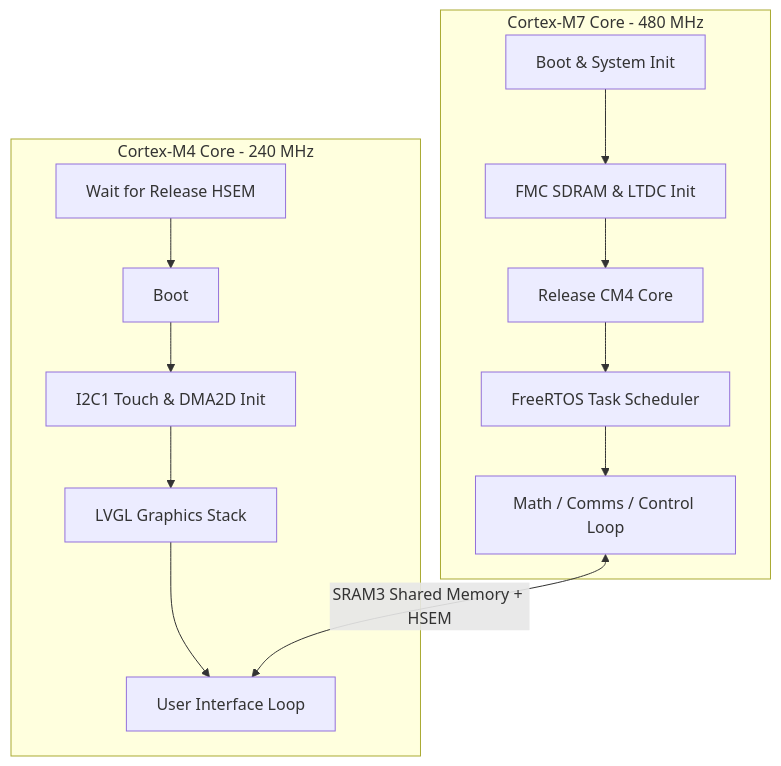
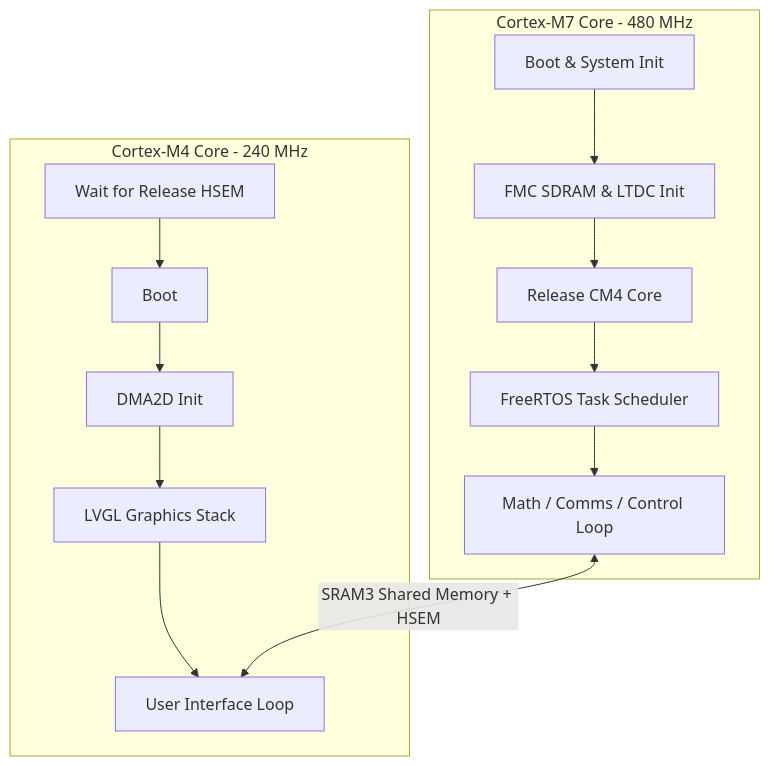
Before and after one commit to alex-yassa/TEP-ICS-UI: the diagram in Docs/Project_Template_Architecture.md, drawn with Mermaid. The commit also changed other lines of this file and 4 other files, not shown here.

Commit message:
docs: adjust README and architectural guides for non-touch display configuration

````diff
--- a/Docs/Project_Template_Architecture.md
+++ b/Docs/Project_Template_Architecture.md
@@ -11,18 +11,18 @@
 ```mermaid
 graph TD
     subgraph Cortex-M7 [Cortex-M7 Core - 480 MHz]
         A[Boot & System Init] --> B[FMC SDRAM & LTDC Init]
         B --> C[Release CM4 Core]
         C --> D[FreeRTOS Task Scheduler]
         D --> E[Math / Comms / Control Loop]
     end
     
     subgraph Cortex-M4 [Cortex-M4 Core - 240 MHz]
         F[Wait for Release HSEM] --> G[Boot]
-        G --> H[I2C1 Touch & DMA2D Init]
+        G --> H[DMA2D Init]
         H --> I[LVGL Graphics Stack]
         I --> J[User Interface Loop]
     end
 
     E <--> |SRAM3 Shared Memory + HSEM| J
 ```
````
